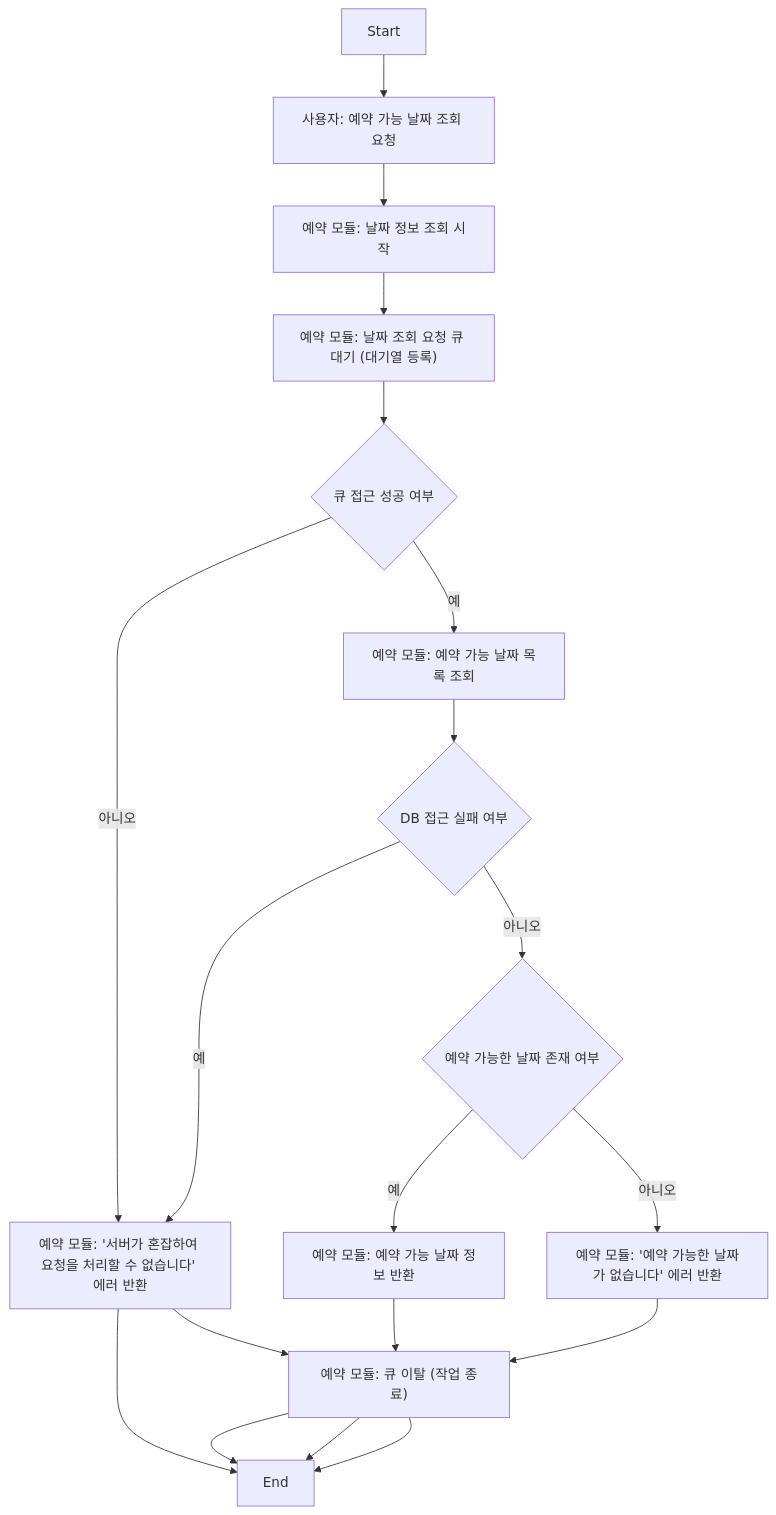
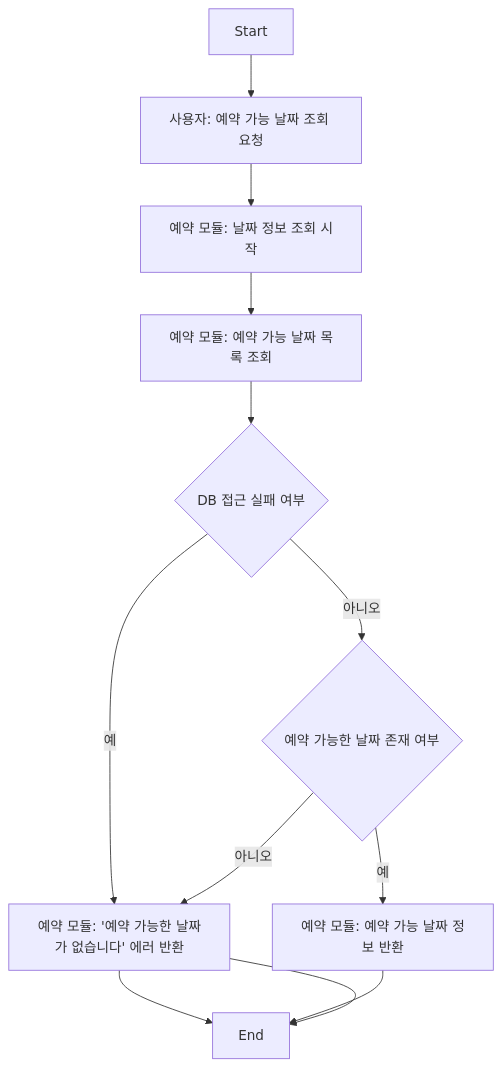
Before and after one commit to SooLee99/hhplus-concert-reservation-service: the ninth of 14 diagrams in README.md, drawn with Mermaid. The commit also changed other lines of this file, not shown here.

First line of the commit message:
fix: #2 #3 - 정보 조회 API 시퀀스 다이어그램 및 플로우 차트 수정

````diff
--- a/README.md
+++ b/README.md
@@ -428,33 +399,25 @@
 ```mermaid
 flowchart TD
     %% 노드 정의
     Start["Start"]
     A_RequestDates["사용자: 예약 가능 날짜 조회 요청"]
     B_StartLookup["예약 모듈: 날짜 정보 조회 시작"]
-    C_QueueWait["예약 모듈: 날짜 조회 요청 큐 대기 (대기열 등록)"]
-    D_QueueAccessSuccess{"큐 접근 성공 여부"}
-    E_QueueAccessFailed["예약 모듈: '서버가 혼잡하여 요청을 처리할 수 없습니다' 에러 반환"]
     F_QueryDates["예약 모듈: 예약 가능 날짜 목록 조회"]
     G_DBAccessFailed{"DB 접근 실패 여부"}
     H_DatesAvailable{"예약 가능한 날짜 존재 여부"}
     I_NoDates["예약 모듈: '예약 가능한 날짜가 없습니다' 에러 반환"]
     J_ReturnDates["예약 모듈: 예약 가능 날짜 정보 반환"]
-    K_QueueExit["예약 모듈: 큐 이탈 (작업 종료)"]
     End["End"]
 
     %% 흐름 연결
     Start --> A_RequestDates
     A_RequestDates --> B_StartLookup
-    B_StartLookup --> C_QueueWait
-    C_QueueWait --> D_QueueAccessSuccess
-
-    D_QueueAccessSuccess -- "예" --> F_QueryDates
-    D_QueueAccessSuccess -- "아니오" --> E_QueueAccessFailed --> End
+    B_StartLookup --> F_QueryDates
 
     F_QueryDates --> G_DBAccessFailed
-    G_DBAccessFailed -- "예" --> E_QueueAccessFailed --> K_QueueExit --> End
+    G_DBAccessFailed -- "예" --> I_NoDates --> End
     G_DBAccessFailed -- "아니오" --> H_DatesAvailable
 
-    H_DatesAvailable -- "예" --> J_ReturnDates --> K_QueueExit --> End
-    H_DatesAvailable -- "아니오" --> I_NoDates --> K_QueueExit --> End
+    H_DatesAvailable -- "예" --> J_ReturnDates --> End
+    H_DatesAvailable -- "아니오" --> I_NoDates --> End
 ```
````
